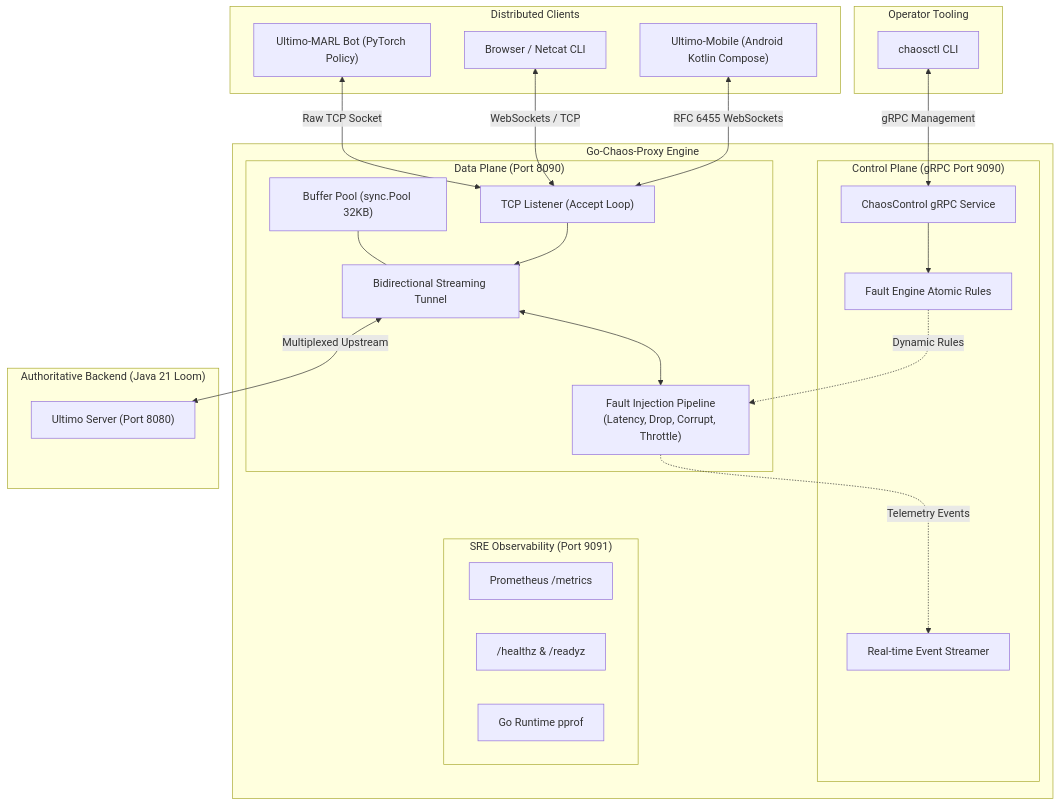
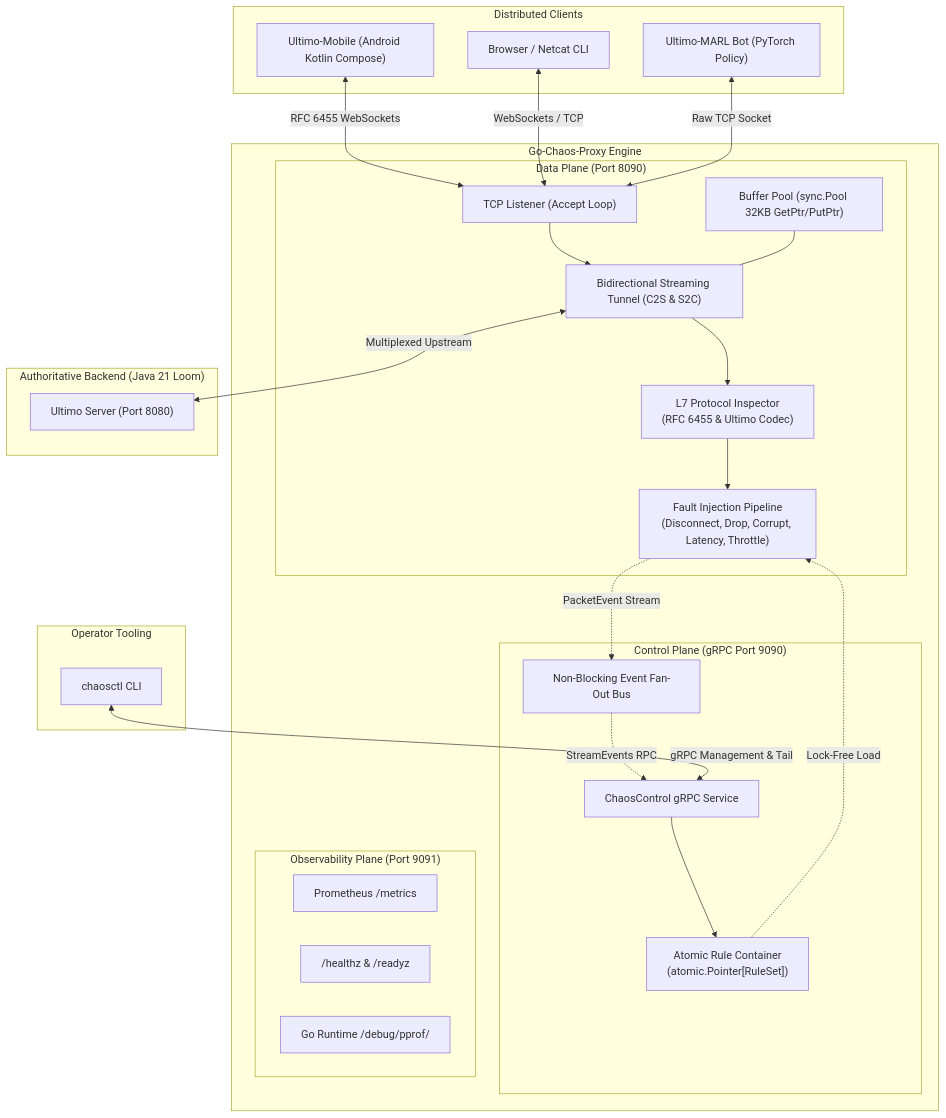
Before and after one commit to StanislawGolec/chaos-proxy: the diagram in README.md, drawn with Mermaid. The commit also changed other lines of this file and 1 other file, not shown here.

Commit message:
docs(readme): update system architecture, cli commands, and benchmark metrics

````diff
--- a/README.md
+++ b/README.md
@@ -19,51 +20,54 @@
 ```mermaid
 flowchart TD
     subgraph HeterogeneousClients["Distributed Clients"]
         Android["Ultimo-Mobile (Android Kotlin Compose)"]
         WebCLI["Browser / Netcat CLI"]
         PyBot["Ultimo-MARL Bot (PyTorch Policy)"]
     end
 
     subgraph ChaosProxy["Go-Chaos-Proxy Engine"]
         subgraph DataPlane["Data Plane (Port 8090)"]
             Listener["TCP Listener (Accept Loop)"]
-            BufPool["Buffer Pool (sync.Pool 32KB)"]
-            Tunnel["Bidirectional Streaming Tunnel"]
-            Pipeline["Fault Injection Pipeline<br/>(Latency, Drop, Corrupt, Throttle)"]
+            BufPool["Buffer Pool (sync.Pool 32KB GetPtr/PutPtr)"]
+            Tunnel["Bidirectional Streaming Tunnel (C2S & S2C)"]
+            Inspector["L7 Protocol Inspector<br/>(RFC 6455 & Ultimo Codec)"]
+            Pipeline["Fault Injection Pipeline<br/>(Disconnect, Drop, Corrupt, Latency, Throttle)"]
             
             Listener --> Tunnel
             BufPool --- Tunnel
-            Tunnel <--> Pipeline
+            Tunnel --> Inspector
+            Inspector --> Pipeline
         end
 
         subgraph ControlPlane["Control Plane (gRPC Port 9090)"]
             GrpcServer["ChaosControl gRPC Service"]
-            Broadcaster["Real-time Event Streamer"]
-            EngineState["Fault Engine Atomic Rules"]
+            Broadcaster["Non-Blocking Event Fan-Out Bus"]
+            EngineState["Atomic Rule Container<br/>(atomic.Pointer[RuleSet])"]
             
             GrpcServer --> EngineState
-            EngineState -.->|Dynamic Rules| Pipeline
-            Pipeline -.->|Telemetry Events| Broadcaster
+            EngineState -.->|"Lock-Free Load"| Pipeline
+            Pipeline -.->|"PacketEvent Stream"| Broadcaster
+            Broadcaster -.->|"StreamEvents RPC"| GrpcServer
         end
 
-        subgraph Observability["SRE Observability (Port 9091)"]
+        subgraph Observability["Observability Plane (Port 9091)"]
             Prometheus["Prometheus /metrics"]
             HealthProbes["/healthz & /readyz"]
-            Pprof["Go Runtime pprof"]
+            Pprof["Go Runtime /debug/pprof/"]
         end
     end
 
     subgraph UpstreamServer["Authoritative Backend (Java 21 Loom)"]
         UltimoServer["Ultimo Server (Port 8080)"]
     end
 
     subgraph AdminTooling["Operator Tooling"]
         ChaosCTL["chaosctl CLI"]
     end
 
     Android <-->|"RFC 6455 WebSockets"| Listener
     WebCLI <-->|"WebSockets / TCP"| Listener
     PyBot <-->|"Raw TCP Socket"| Listener
     Tunnel <-->|"Multiplexed Upstream"| UltimoServer
-    ChaosCTL <-->|"gRPC Management"| GrpcServer
+    ChaosCTL <-->|"gRPC Management & Tail"| GrpcServer
 ```
````
